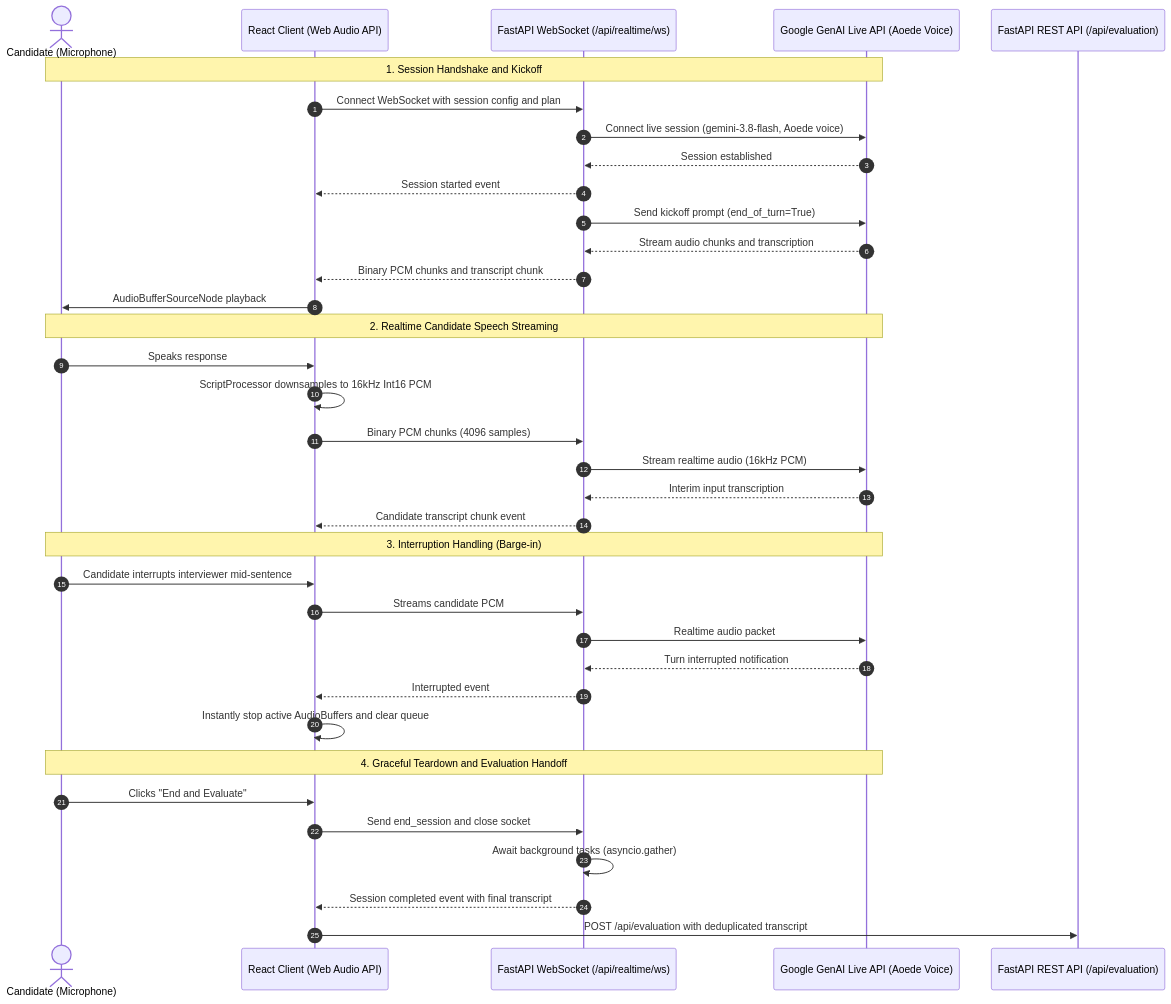
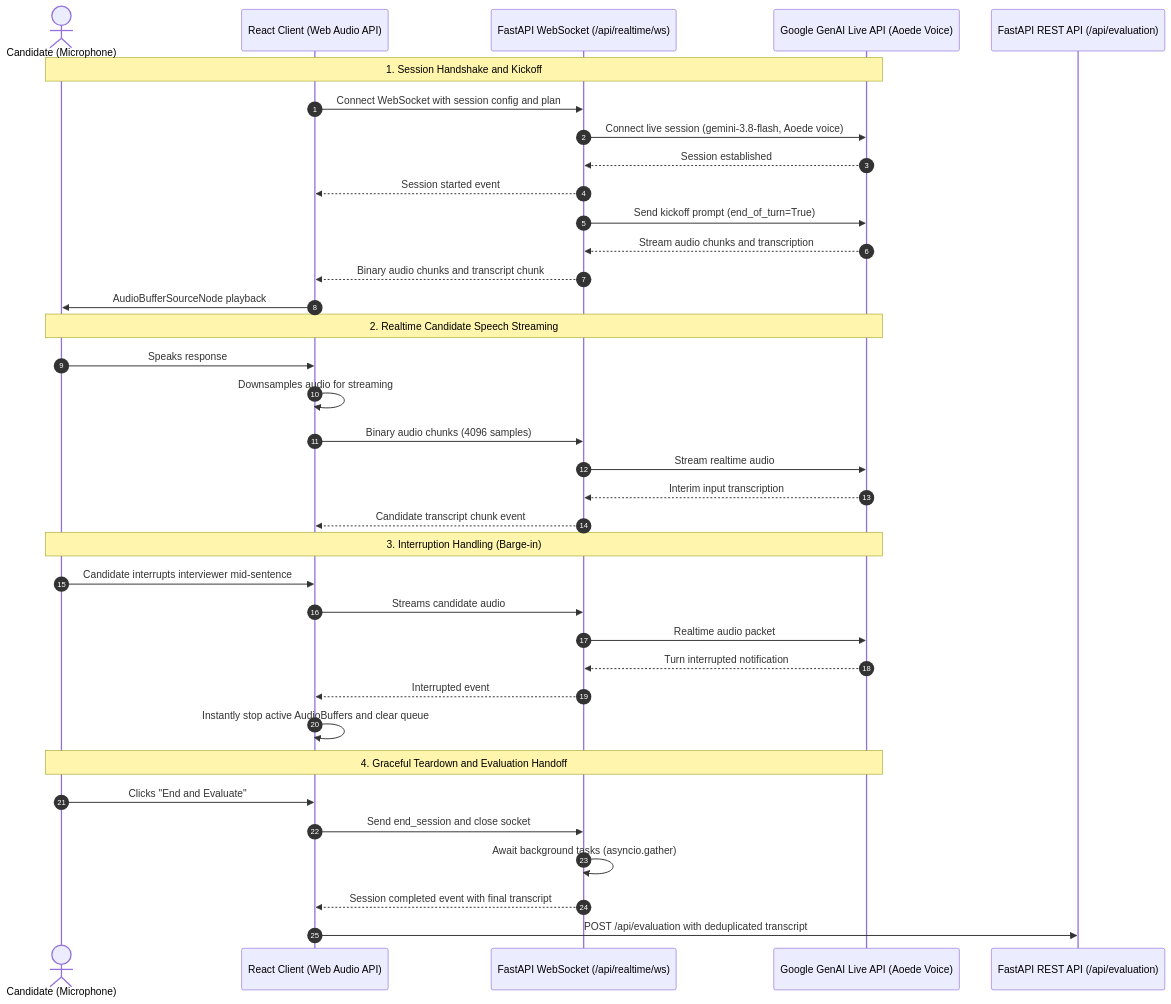
One commit to luiggisao1/interviewer-ai changed the second of 2 diagrams in README.md. Above: the diagram before and after it, drawn with Mermaid. The commit also changed other lines of this file, not shown here.

````diff
--- a/README.md
+++ b/README.md
@@ -136,42 +160,42 @@
 ```mermaid
 sequenceDiagram
     autonumber
     actor Candidate as Candidate (Microphone)
     participant Browser as React Client (Web Audio API)
     participant WS as FastAPI WebSocket (/api/realtime/ws)
     participant Gemini as Google GenAI Live API (Aoede Voice)
     participant REST as FastAPI REST API (/api/evaluation)
 
     Note over Candidate,Gemini: 1. Session Handshake and Kickoff
     Browser->>WS: Connect WebSocket with session config and plan
     WS->>Gemini: Connect live session (gemini-3.8-flash, Aoede voice)
     Gemini-->>WS: Session established
     WS-->>Browser: Session started event
     WS->>Gemini: Send kickoff prompt (end_of_turn=True)
     Gemini-->>WS: Stream audio chunks and transcription
-    WS-->>Browser: Binary PCM chunks and transcript chunk
+    WS-->>Browser: Binary audio chunks and transcript chunk
     Browser->>Candidate: AudioBufferSourceNode playback
 
     Note over Candidate,Gemini: 2. Realtime Candidate Speech Streaming
     Candidate->>Browser: Speaks response
-    Browser->>Browser: ScriptProcessor downsamples to 16kHz Int16 PCM
-    Browser->>WS: Binary PCM chunks (4096 samples)
-    WS->>Gemini: Stream realtime audio (16kHz PCM)
+    Browser->>Browser: Downsamples audio for streaming
+    Browser->>WS: Binary audio chunks (4096 samples)
+    WS->>Gemini: Stream realtime audio
     Gemini-->>WS: Interim input transcription
     WS-->>Browser: Candidate transcript chunk event
 
     Note over Candidate,Gemini: 3. Interruption Handling (Barge-in)
     Candidate->>Browser: Candidate interrupts interviewer mid-sentence
-    Browser->>WS: Streams candidate PCM
+    Browser->>WS: Streams candidate audio
     WS->>Gemini: Realtime audio packet
     Gemini-->>WS: Turn interrupted notification
     WS-->>Browser: Interrupted event
     Browser->>Browser: Instantly stop active AudioBuffers and clear queue
 
     Note over Candidate,Gemini: 4. Graceful Teardown and Evaluation Handoff
     Candidate->>Browser: Clicks "End and Evaluate"
     Browser->>WS: Send end_session and close socket
     WS->>WS: Await background tasks (asyncio.gather)
     WS-->>Browser: Session completed event with final transcript
     Browser->>REST: POST /api/evaluation with deduplicated transcript
 ```
````
